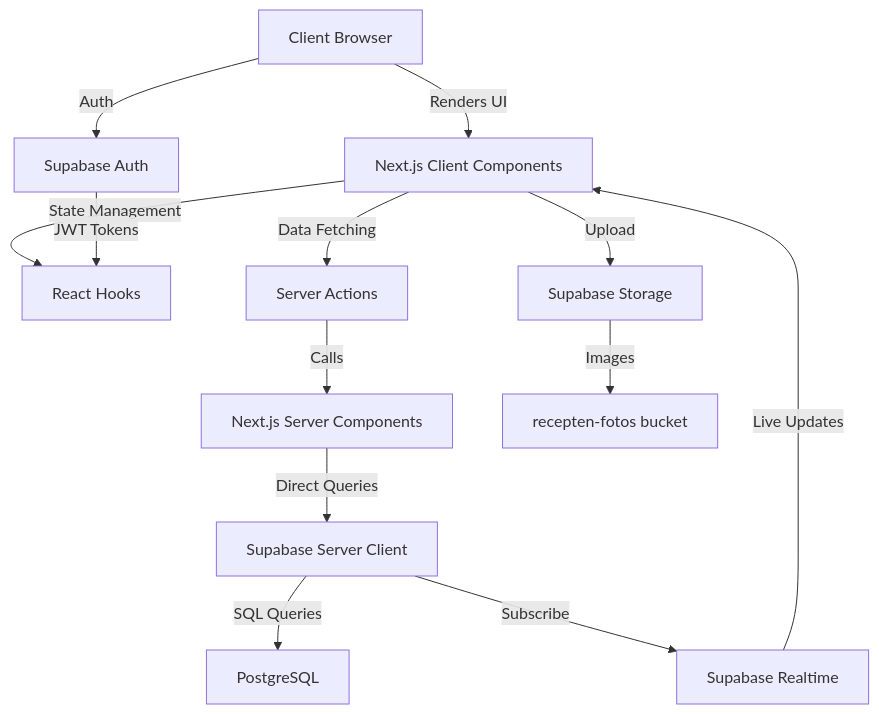
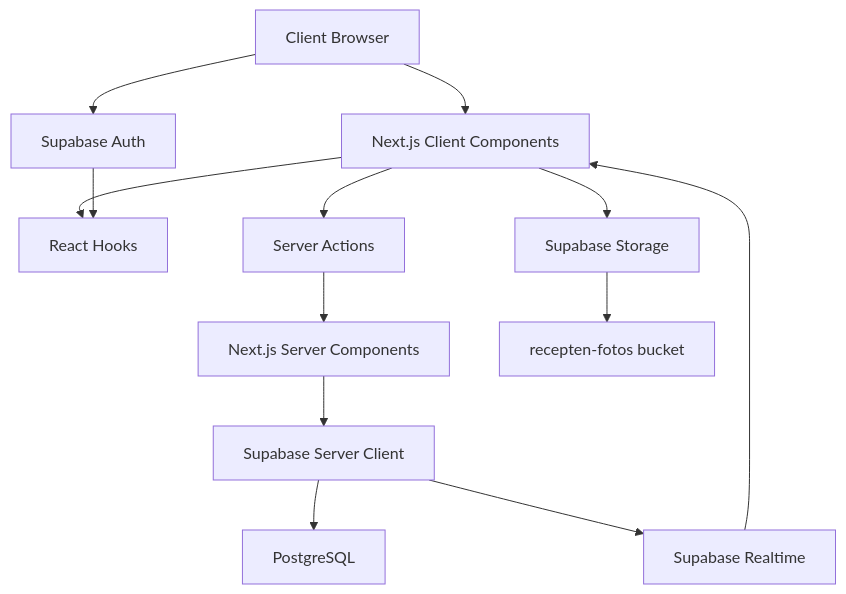
The first of 6 diagrams in docs/ARCHITECTURE.md (rob-erwt/recepten-app), drawn with Mermaid before and after one commit. The commit also changed other lines of this file and 7 other files, not shown here.

````diff
--- a/docs/ARCHITECTURE.md
+++ b/docs/ARCHITECTURE.md
@@ -30,20 +30,20 @@
 ```mermaid
 flowchart TB
-    A[Client Browser] -->|Renders UI| B[Next.js Client Components]
-    B -->|State Management| C[React Hooks]
-    B -->|Data Fetching| D[Server Actions]
+    A[Client Browser] --> B[Next.js Client Components]
+    B --> C[React Hooks]
+    B --> D[Server Actions]
     
-    D -->|Calls| E[Next.js Server Components]
-    E -->|Direct Queries| F[Supabase Server Client]
+    D --> E[Next.js Server Components]
+    E --> F[Supabase Server Client]
     
-    F -->|SQL Queries| G[PostgreSQL]
+    F --> G[PostgreSQL]
     
-    A -->|Auth| R[Supabase Auth]
-    R -->|JWT Tokens| C
+    A --> R[Supabase Auth]
+    R --> C
     
-    F -->|Subscribe| W[Supabase Realtime]
-    W -->|Live Updates| B
+    F --> W[Supabase Realtime]
+    W --> B
     
-    B -->|Upload| U[Supabase Storage]
-    U -->|Images| V[recepten-fotos bucket]
+    B --> U[Supabase Storage]
+    U --> V[recepten-fotos bucket]
 ```
````
